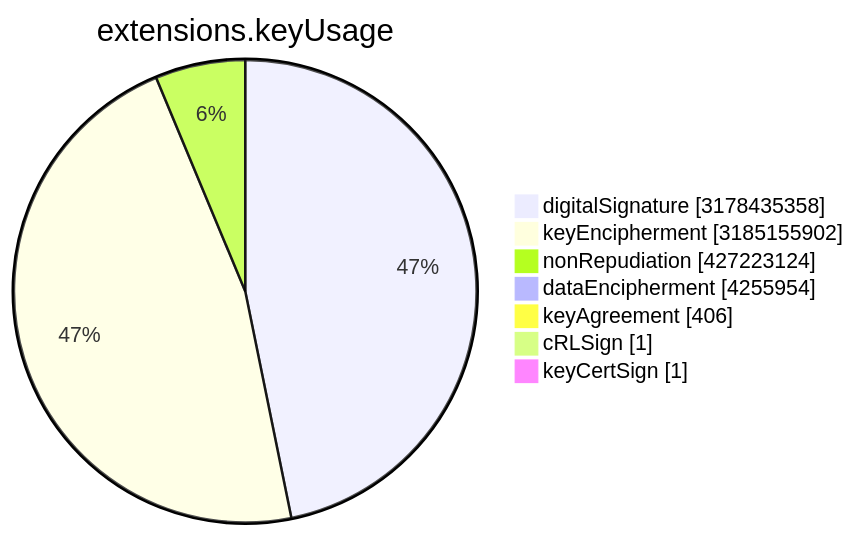
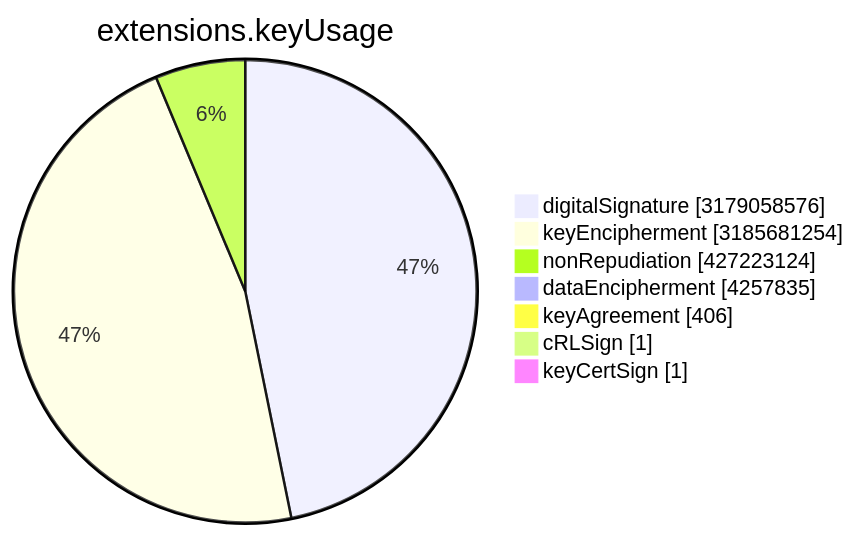
Before and after one commit to christiankrug/ctmonitor_visualization: the sixth of 15 diagrams in TOTAL/README.md, drawn with Mermaid. The commit also changed other lines of this file, not shown here.

````diff
--- a/TOTAL/README.md
+++ b/TOTAL/README.md
@@ -3077,11 +3077,11 @@
 ```mermaid
 pie showData
 title extensions.keyUsage
-"digitalSignature" :3178435358
-"keyEncipherment" :3185155902
+"digitalSignature" :3179058576
+"keyEncipherment" :3185681254
 "nonRepudiation" :427223124
-"dataEncipherment" :4255954
+"dataEncipherment" :4257835
 "keyAgreement" :406
 "cRLSign" :1
 "keyCertSign" :1
 ```
````
